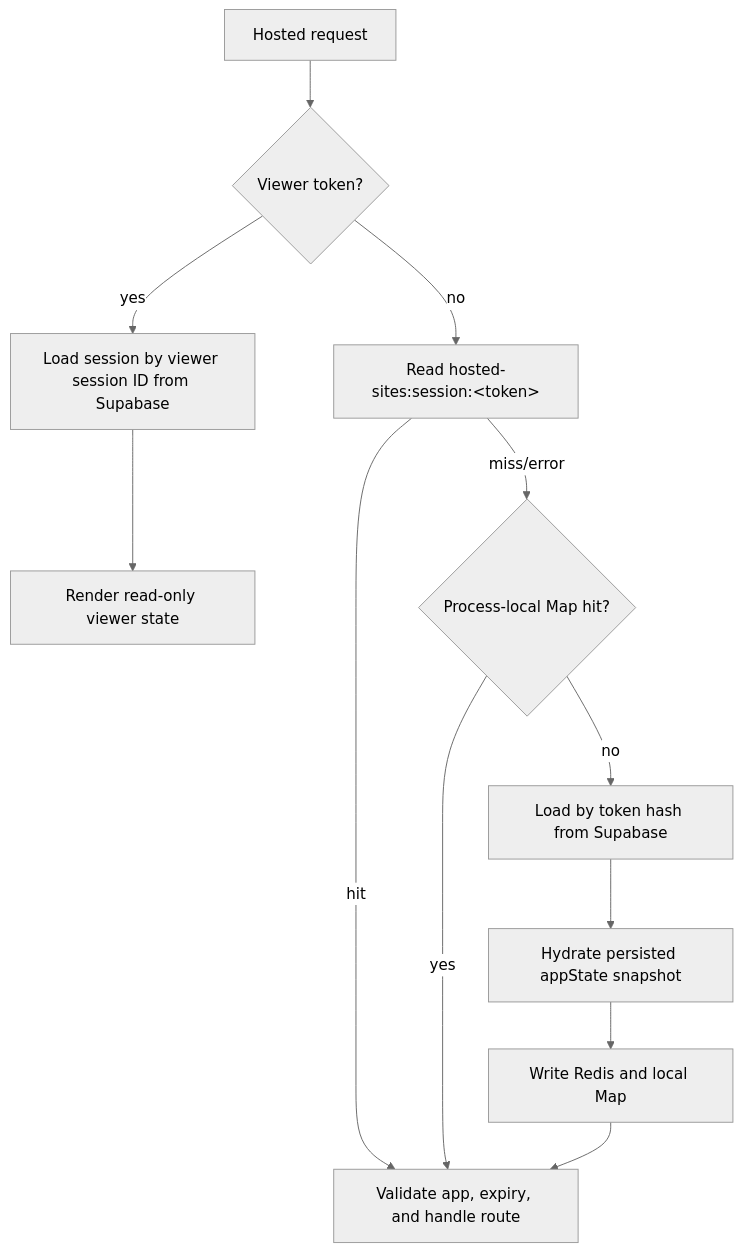
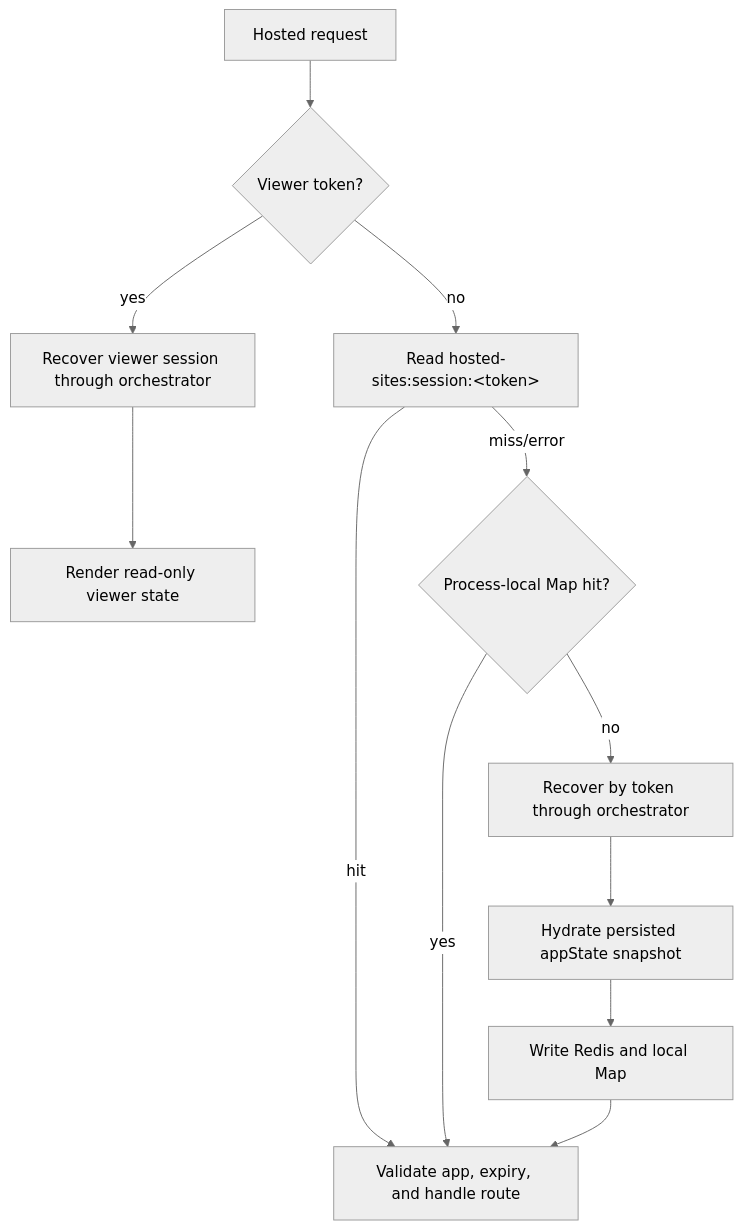
Before and after one commit to Kaiwen0418/agent-benchmark: the second of 5 diagrams in docs/data-flow.md, drawn with Mermaid (neutral theme). The commit also changed other lines of this file and 23 other files, not shown here.

Commit message:
feat(architecture): enforce hosted database ownership

````diff
--- a/docs/data-flow.md
+++ b/docs/data-flow.md
@@ -39,14 +39,14 @@
 ```mermaid
 flowchart TD
   Request["Hosted request"] --> Token{"Viewer token?"}
-  Token -->|"yes"| ViewerDB["Load session by viewer session ID from Supabase"]
-  ViewerDB --> Viewer["Render read-only viewer state"]
+  Token -->|"yes"| ViewerRecovery["Recover viewer session through orchestrator"]
+  ViewerRecovery --> Viewer["Render read-only viewer state"]
   Token -->|"no"| Redis["Read hosted-sites:session:&lt;token&gt;"]
   Redis -->|"hit"| Handle["Validate app, expiry, and handle route"]
   Redis -->|"miss/error"| Local{"Process-local Map hit?"}
   Local -->|"yes"| Handle
-  Local -->|"no"| Recovery["Load by token hash from Supabase"]
+  Local -->|"no"| Recovery["Recover by token through orchestrator"]
   Recovery --> Rehydrate["Hydrate persisted appState snapshot"]
   Rehydrate --> Cache["Write Redis and local Map"]
   Cache --> Handle
 ```
````
